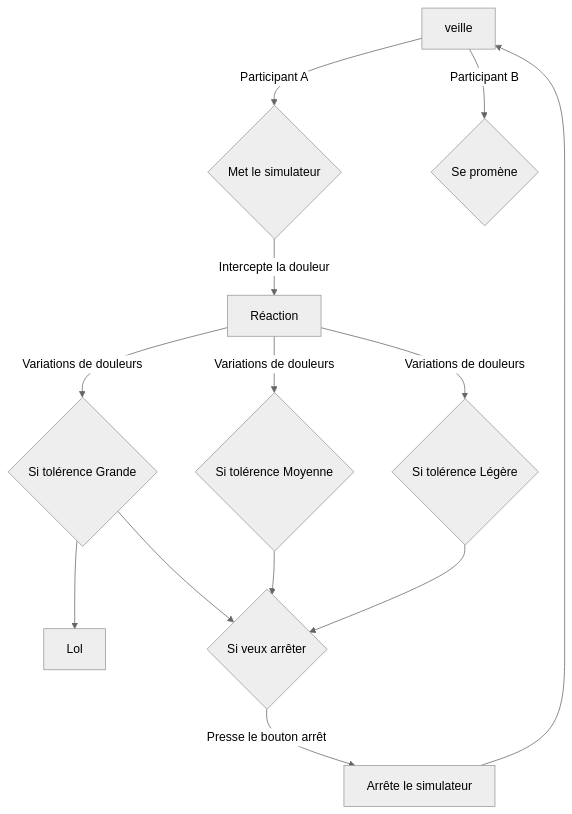
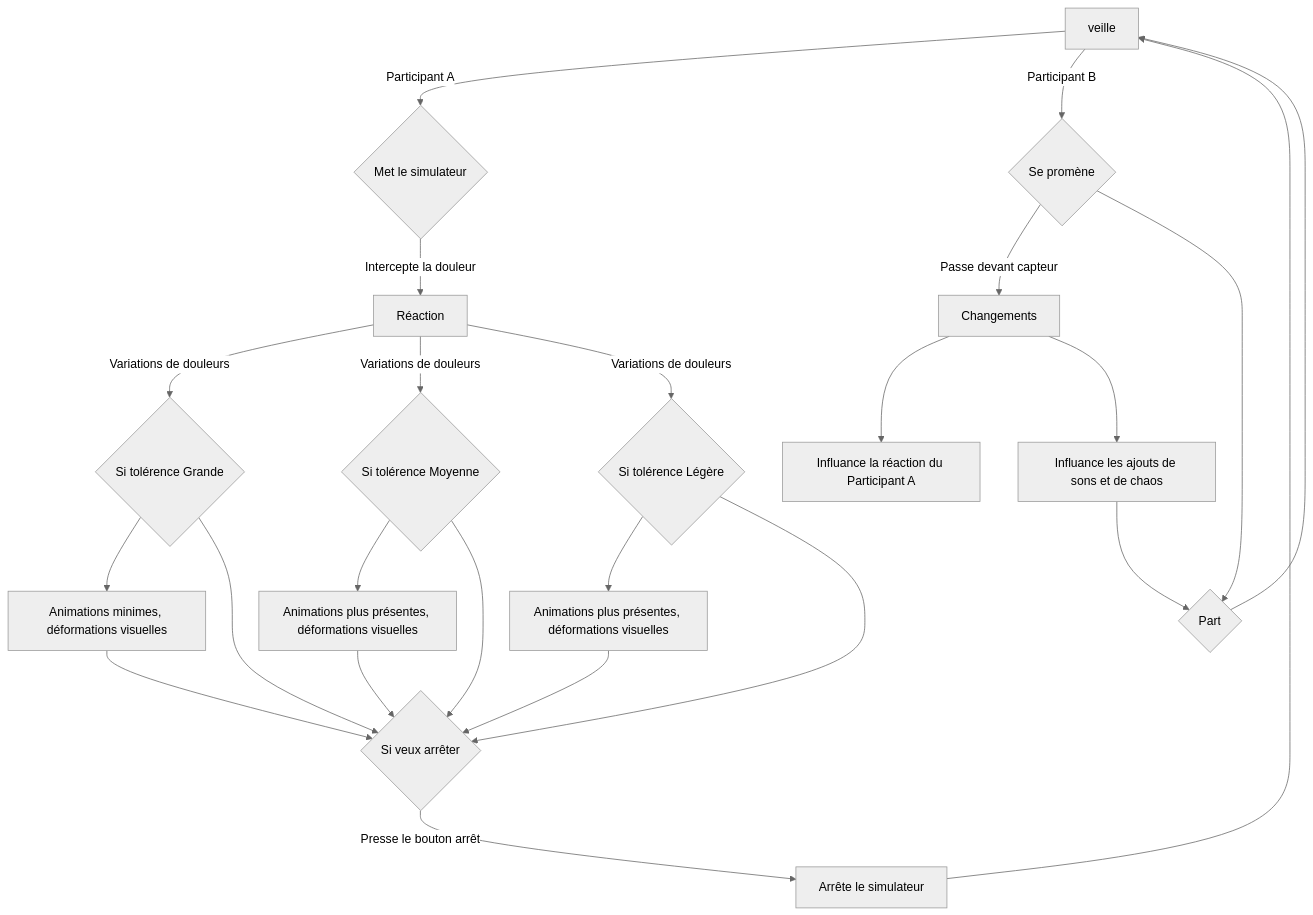
Before and after one commit to KenzaElHarrif/scenarisation_kenza: the diagram in README.md, drawn with Mermaid (neutral theme). The commit also changed other lines of this file, not shown here.

````diff
--- a/README.md
+++ b/README.md
@@ -33,20 +33,36 @@
 ```mermaid
 graph TD;
     A[veille]--Participant A-->B{Met le simulateur};
+    
     B --Intercepte la douleur--> C[Réaction];
     
+    C --Variations de douleurs --> D{Si tolérence Grande};
+    D --> G[Animations minimes, déformations visuelles]
+    D --> J{Si veux arrêter};
+    G --> J;
     
-    C --Variations de douleurs --> F{Si tolérence Grande};
-    F --> I[Lol]
-    F --> D{Si veux arrêter};
-    D -- Presse le bouton arrêt --> E[Arrête le simulateur];
-    E --> A;
-    C --Variations de douleurs --> G{Si tolérence Moyenne};
-    C --Variations de douleurs --> H{Si tolérence Légère};
+
+    C --Variations de douleurs --> E{Si tolérence Moyenne};
+    E --> H[Animations plus présentes, déformations visuelles];
+    E --> J;
+    H --> J;
+
+
+    C --Variations de douleurs --> F{Si tolérence Légère};
+    F --> I[Animations plus présentes, déformations visuelles];
+    F --> J;
+    I --> J;
     
-    G --> D;
-    H --> D;
+
+    J -- Presse le bouton arrêt --> K[Arrête le simulateur];
+    K --> A;
     
-    A --Participant B-->X{Se promène};
+    A --Participant B-->L{Se promène};
+    L -- Passe devant capteur--> M[Changements];
+    M --> N[Influance la réaction du Participant A];
+    M --> O[Influance les ajouts de sons et de chaos];
+    O --> P{Part};
+    L --> P;
+    P --> A;
     
 ```
````
